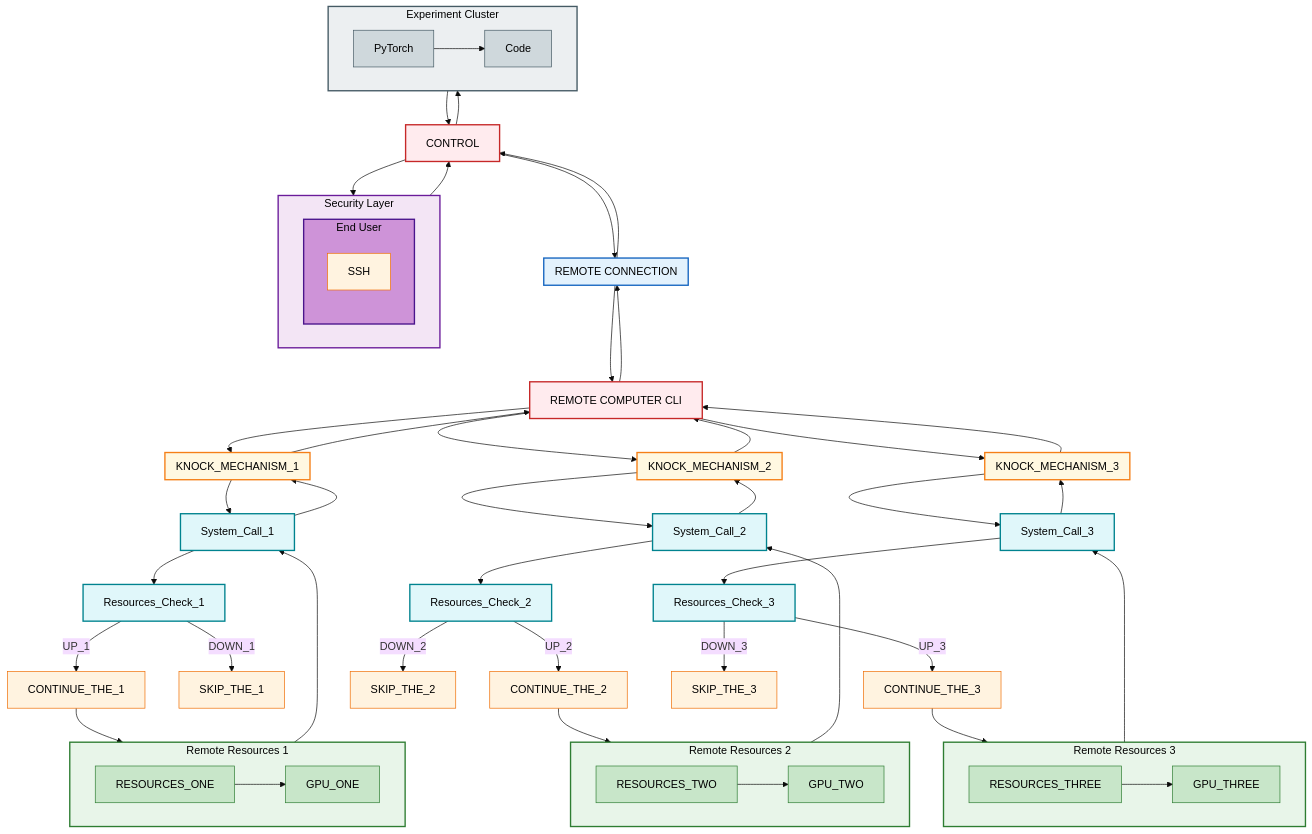
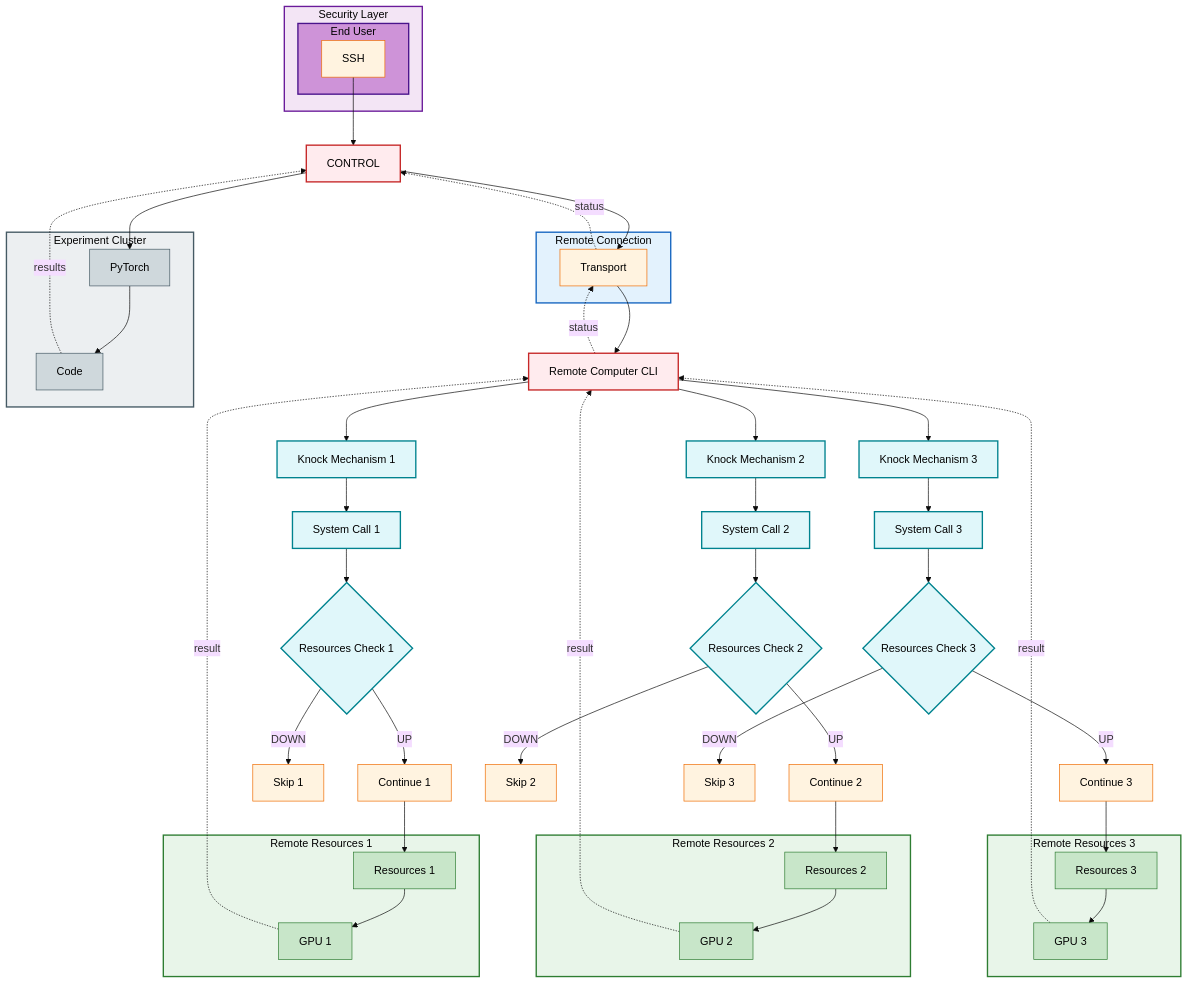
One commit to ajlrza/rl-distributed-computing changed the diagram in README.md. Above: the diagram before and after it, drawn with Mermaid (base theme). The commit also changed other lines of this file and 1 other file, not shown here.

Commit message:
Fix mermaid rendering bugs in diagram; set a real module path
The diagram parses, but several elements do not render as the source
reads. Verified against mermaid 10.9.1:

- subgraph ids X and KNOCK_MECHANISM_1/2/3 are declared as subgraphs but
  also used as edge endpoints, so they degrade to plain nodes rather
  than clusters.
- X carries three different labels (REMOTE CONNECTION, Remote Connction,
  Remote Connection); the first wins and the rest are dropped silently.
  K, E, F, Y and Z follow the same declare-then-relabel pattern.
- Many nodes render with their raw ids as labels (System_Call_1,
  RESOURCES_ONE, GPU_ONE, CONTINUE_THE_1, SKIP_THE_1).
- The chained edges create genuine 2-cycles between A, KNOCK_MECHANISM_n
  and System_Call_n, which read as loops rather than call-and-return.

Each subgraph now holds a real node, every node has an explicit label,
resource checks are diamonds, and return paths are dotted edges instead
of re-traversing the forward chain (32 edges, down from 39, same
meaning). Topology, node names and colours are unchanged.

go.mod used `module app`, which cannot be imported or `go install`ed.

````diff
--- a/README.md
+++ b/README.md
@@ -7,69 +7,74 @@
 ```mermaid
 graph TD
 
-    subgraph K[Remote Resources 1]
-        style K fill:#e8f5e9,stroke:#2e7d32,stroke-width:2px,color:#000
-        RESOURCES_ONE --> GPU_ONE
-    end
-    subgraph KNOCK_MECHANISM_1
-        style KNOCK_MECHANISM_1 fill:#fff8e1,stroke:#f57f17,stroke-width:2px,color:#000
-    end
-    subgraph KNOCK_MECHANISM_2
-        style KNOCK_MECHANISM_2 fill:#fff8e1,stroke:#f57f17,stroke-width:2px,color:#000
-    end
-    subgraph KNOCK_MECHANISM_3
-        style KNOCK_MECHANISM_3 fill:#fff8e1,stroke:#f57f17,stroke-width:2px,color:#000
-    end
-    subgraph E[Remote Resources 2]
-        style E fill:#e8f5e9,stroke:#2e7d32,stroke-width:2px,color:#000
-        RESOURCES_TWO --> GPU_TWO
-    end
-    subgraph F[Remote Resources 3]
-        style F fill:#e8f5e9,stroke:#2e7d32,stroke-width:2px,color:#000
-        RESOURCES_THREE --> GPU_THREE
-    end
-    subgraph X[REMOTE CONNECTION]
-        style X fill:#e3f2fd,stroke:#1565c0,stroke-width:2px,color:#000
-    end
     subgraph Y[Security Layer]
         style Y fill:#f3e5f5,stroke:#6a1b9a,stroke-width:2px,color:#000
         subgraph J[End User]
             style J fill:#ce93d8,stroke:#4a148c,stroke-width:2px,color:#000
-            SSH
+            SSH[SSH]
         end
     end
+
+    subgraph X[Remote Connection]
+        style X fill:#e3f2fd,stroke:#1565c0,stroke-width:2px,color:#000
+        TRANSPORT[Transport]
+    end
+
     subgraph Z[Experiment Cluster]
         style Z fill:#eceff1,stroke:#455a64,stroke-width:2px,color:#000
-        PyTorch --> Code
+        PyTorch[PyTorch] --> Code[Code]
     end
 
-    CONTROL --> X[REMOTE CONNECTION]
-    CONTROL --> Y[Security Layer]
-    X[Remote Connction] --> A[REMOTE COMPUTER CLI]
-    X[Remote Connction] --> CONTROL
-    Y[Security Layer] --> CONTROL
-    
-    A[REMOTE COMPUTER CLI] --> KNOCK_MECHANISM_1
-    KNOCK_MECHANISM_1 --> System_Call_1
-    System_Call_1 --> Resources_Check_1
-    Resources_Check_1 -->|UP_1| CONTINUE_THE_1 --> K[Remote Resources 1] --> System_Call_1 --> KNOCK_MECHANISM_1 --> A[REMOTE COMPUTER CLI]
-    Resources_Check_1 -->|DOWN_1| SKIP_THE_1
-    
-    A[REMOTE COMPUTER CLI] --> KNOCK_MECHANISM_2
-    KNOCK_MECHANISM_2 --> System_Call_2
-    System_Call_2 --> Resources_Check_2
-    Resources_Check_2 -->|UP_2| CONTINUE_THE_2 --> E[Remote Resources 2] --> System_Call_2 --> KNOCK_MECHANISM_2 --> A[REMOTE COMPUTER CLI]
-    Resources_Check_2 -->|DOWN_2| SKIP_THE_2
-    
-    A[REMOTE COMPUTER CLI] --> KNOCK_MECHANISM_3
-    KNOCK_MECHANISM_3 --> System_Call_3
-    System_Call_3 --> Resources_Check_3
-    Resources_Check_3 -->|UP_3| CONTINUE_THE_3 --> F[Remote Resources 3] --> System_Call_3 --> KNOCK_MECHANISM_3 --> A[REMOTE COMPUTER CLI]
-    Resources_Check_3 -->|DOWN_3| SKIP_THE_3  
-    
-    A[REMOTE COMPUTER CLI] --> X[Remote Connection]
-    CONTROL --> Z[Experiment Cluster]
-    Z[Experiment Cluster] --> CONTROL
+    subgraph K[Remote Resources 1]
+        style K fill:#e8f5e9,stroke:#2e7d32,stroke-width:2px,color:#000
+        RESOURCES_ONE[Resources 1] --> GPU_ONE[GPU 1]
+    end
+
+    subgraph E[Remote Resources 2]
+        style E fill:#e8f5e9,stroke:#2e7d32,stroke-width:2px,color:#000
+        RESOURCES_TWO[Resources 2] --> GPU_TWO[GPU 2]
+    end
+
+    subgraph F[Remote Resources 3]
+        style F fill:#e8f5e9,stroke:#2e7d32,stroke-width:2px,color:#000
+        RESOURCES_THREE[Resources 3] --> GPU_THREE[GPU 3]
+    end
+
+    CONTROL[CONTROL]
+    A[Remote Computer CLI]
+
+    SSH --> CONTROL
+    CONTROL --> TRANSPORT
+    TRANSPORT --> A
+    A -.->|status| TRANSPORT
+    TRANSPORT -.->|status| CONTROL
+
+    CONTROL --> PyTorch
+    Code -.->|results| CONTROL
+
+    A --> KNOCK_MECHANISM_1[Knock Mechanism 1]
+    KNOCK_MECHANISM_1 --> System_Call_1[System Call 1]
+    System_Call_1 --> Resources_Check_1{Resources Check 1}
+    Resources_Check_1 -->|UP| CONTINUE_THE_1[Continue 1]
+    Resources_Check_1 -->|DOWN| SKIP_THE_1[Skip 1]
+    CONTINUE_THE_1 --> RESOURCES_ONE
+    GPU_ONE -.->|result| A
+
+    A --> KNOCK_MECHANISM_2[Knock Mechanism 2]
+    KNOCK_MECHANISM_2 --> System_Call_2[System Call 2]
+    System_Call_2 --> Resources_Check_2{Resources Check 2}
+    Resources_Check_2 -->|UP| CONTINUE_THE_2[Continue 2]
+    Resources_Check_2 -->|DOWN| SKIP_THE_2[Skip 2]
+    CONTINUE_THE_2 --> RESOURCES_TWO
+    GPU_TWO -.->|result| A
+
+    A --> KNOCK_MECHANISM_3[Knock Mechanism 3]
+    KNOCK_MECHANISM_3 --> System_Call_3[System Call 3]
+    System_Call_3 --> Resources_Check_3{Resources Check 3}
+    Resources_Check_3 -->|UP| CONTINUE_THE_3[Continue 3]
+    Resources_Check_3 -->|DOWN| SKIP_THE_3[Skip 3]
+    CONTINUE_THE_3 --> RESOURCES_THREE
+    GPU_THREE -.->|result| A
 
     classDef controlNodes fill:#ffebee,stroke:#c62828,stroke-width:2px,color:#000;
     classDef sysCalls fill:#e0f7fa,stroke:#00838f,stroke-width:2px,color:#000;
@@ -78,9 +83,11 @@
     classDef clusterNodes fill:#cfd8dc,stroke:#455a64,stroke-width:1px,color:#000;
 
     class CONTROL,A controlNodes;
-    class System_Call_1,System_Call_2,System_Call_3,Resources_Check_1,Resources_Check_2,Resources_Check_3 sysCalls;
+    class KNOCK_MECHANISM_1,KNOCK_MECHANISM_2,KNOCK_MECHANISM_3 sysCalls;
+    class System_Call_1,System_Call_2,System_Call_3 sysCalls;
+    class Resources_Check_1,Resources_Check_2,Resources_Check_3 sysCalls;
     class RESOURCES_ONE,GPU_ONE,RESOURCES_TWO,GPU_TWO,RESOURCES_THREE,GPU_THREE resources;
     class CONTINUE_THE_1,SKIP_THE_1,CONTINUE_THE_2,SKIP_THE_2,CONTINUE_THE_3,SKIP_THE_3 actions;
-    class SSH actions;
+    class SSH,TRANSPORT actions;
     class PyTorch,Code clusterNodes;
 ```
````
